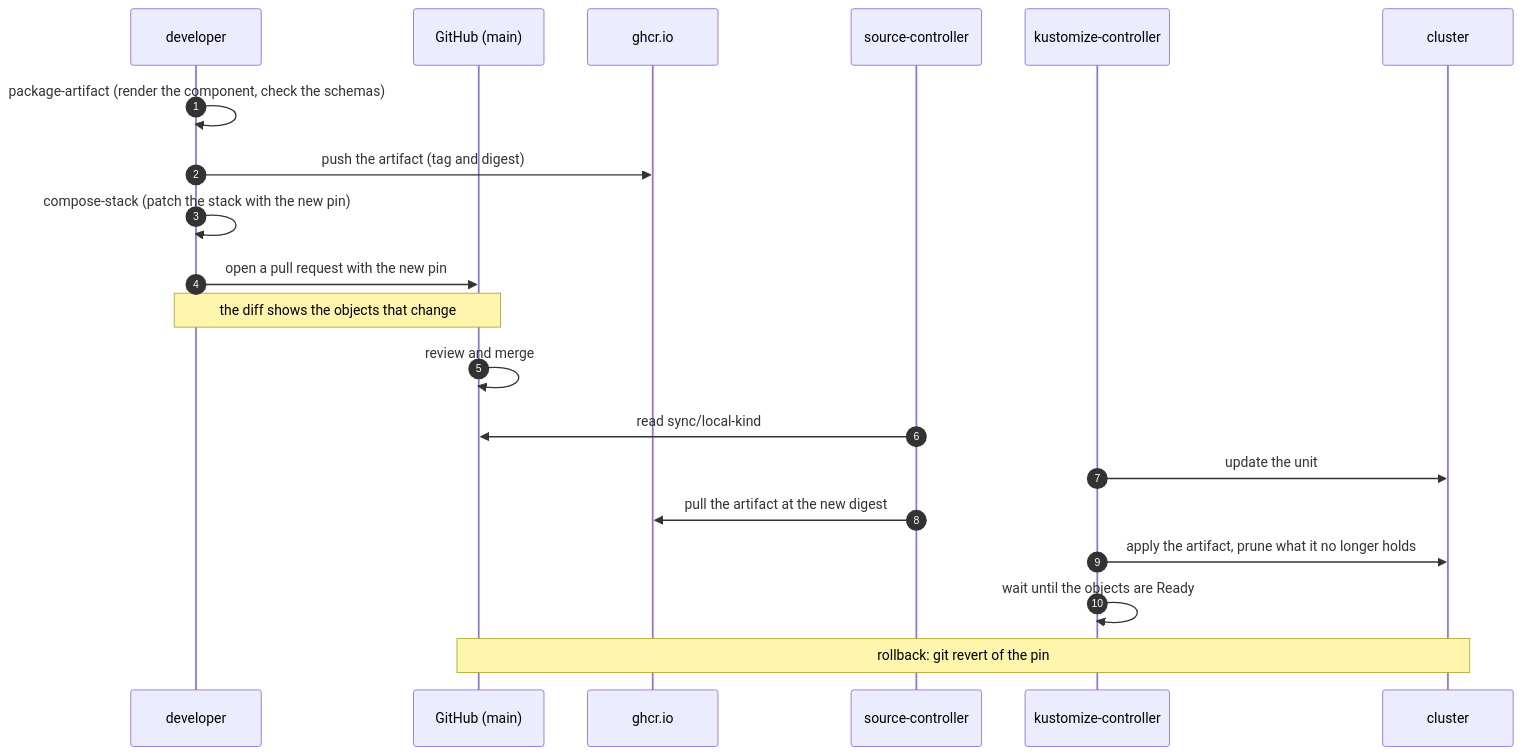
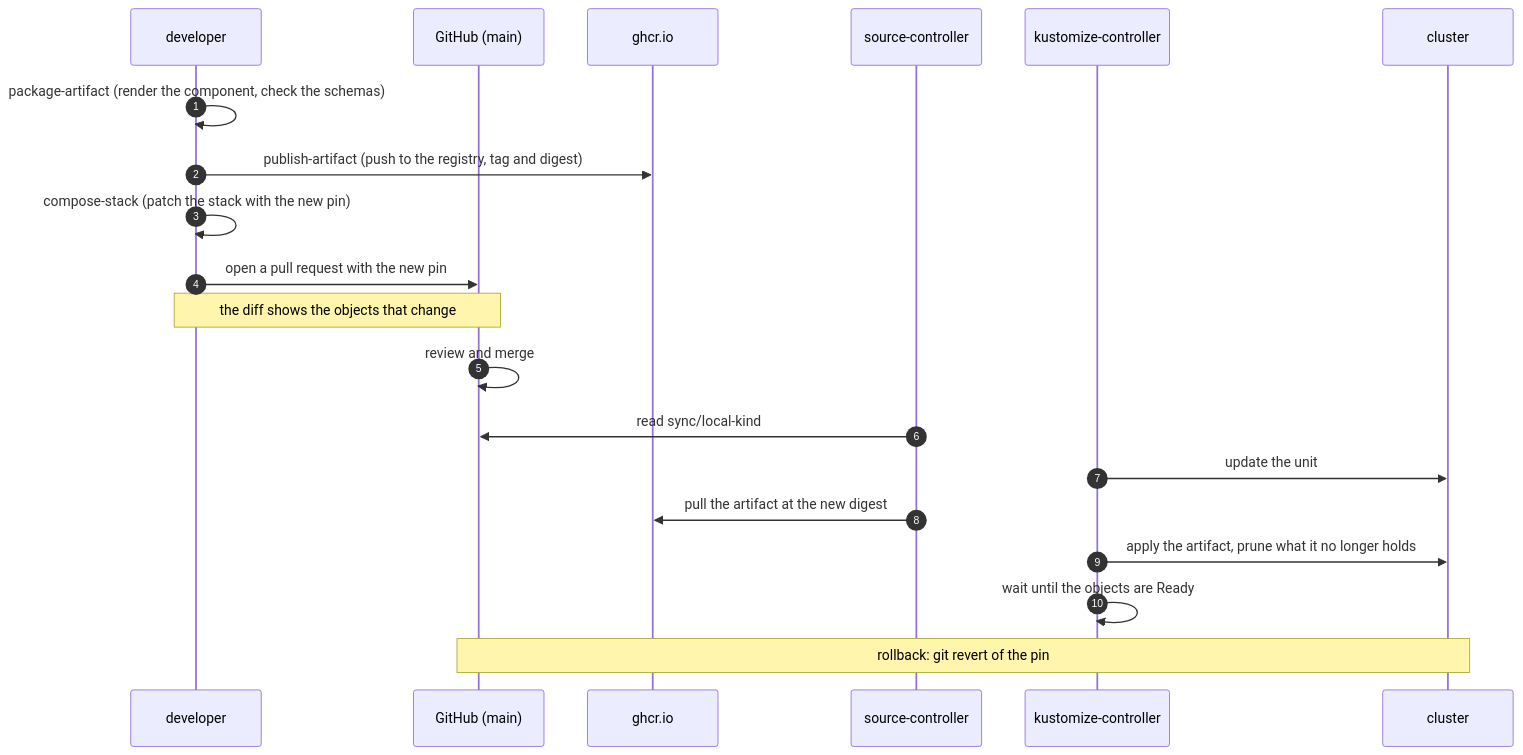
One commit to raghav19/engineersdaybook changed the second of 4 diagrams in code/mcp-sandbox/part-3-mcp-guardrails/docs/orchestration.md. Above: the diagram before and after it, drawn with Mermaid. The commit also changed other lines of this file and 10 other files, not shown here.

First line of the commit message:
Rename push to publish-artifact

````diff
--- a/code/mcp-sandbox/part-3-mcp-guardrails/docs/orchestration.md
+++ b/code/mcp-sandbox/part-3-mcp-guardrails/docs/orchestration.md
@@ -66,23 +66,23 @@
 ```mermaid
 sequenceDiagram
     autonumber
     participant D as developer
     participant G as GitHub (main)
     participant R as ghcr.io
     participant S as source-controller
     participant C as kustomize-controller
     participant K as cluster
 
     D->>D: package-artifact (render the component, check the schemas)
-    D->>R: push the artifact (tag and digest)
+    D->>R: publish-artifact (push to the registry, tag and digest)
     D->>D: compose-stack (patch the stack with the new pin)
     D->>G: open a pull request with the new pin
     Note over D,G: the diff shows the objects that change
     G->>G: review and merge
     S->>G: read sync/local-kind
     C->>K: update the unit
     S->>R: pull the artifact at the new digest
     C->>K: apply the artifact, prune what it no longer holds
     C->>C: wait until the objects are Ready
     Note over G,K: rollback: git revert of the pin
 ```
````
